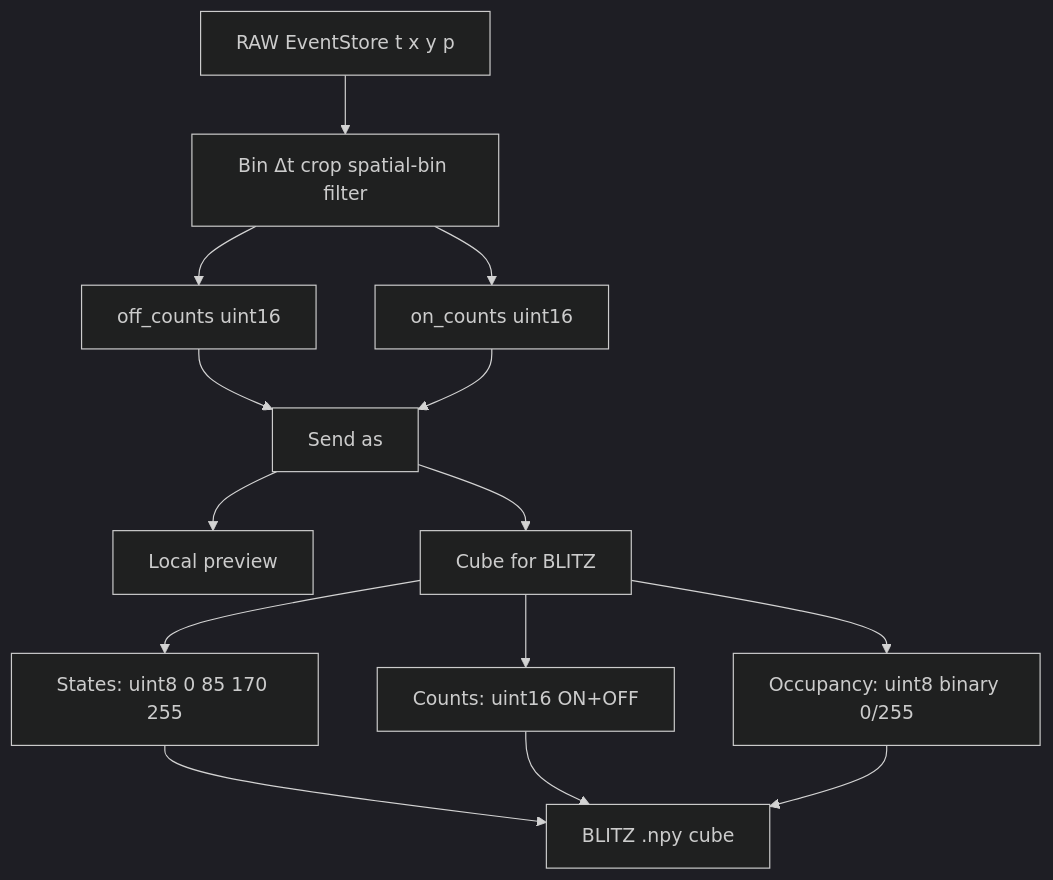
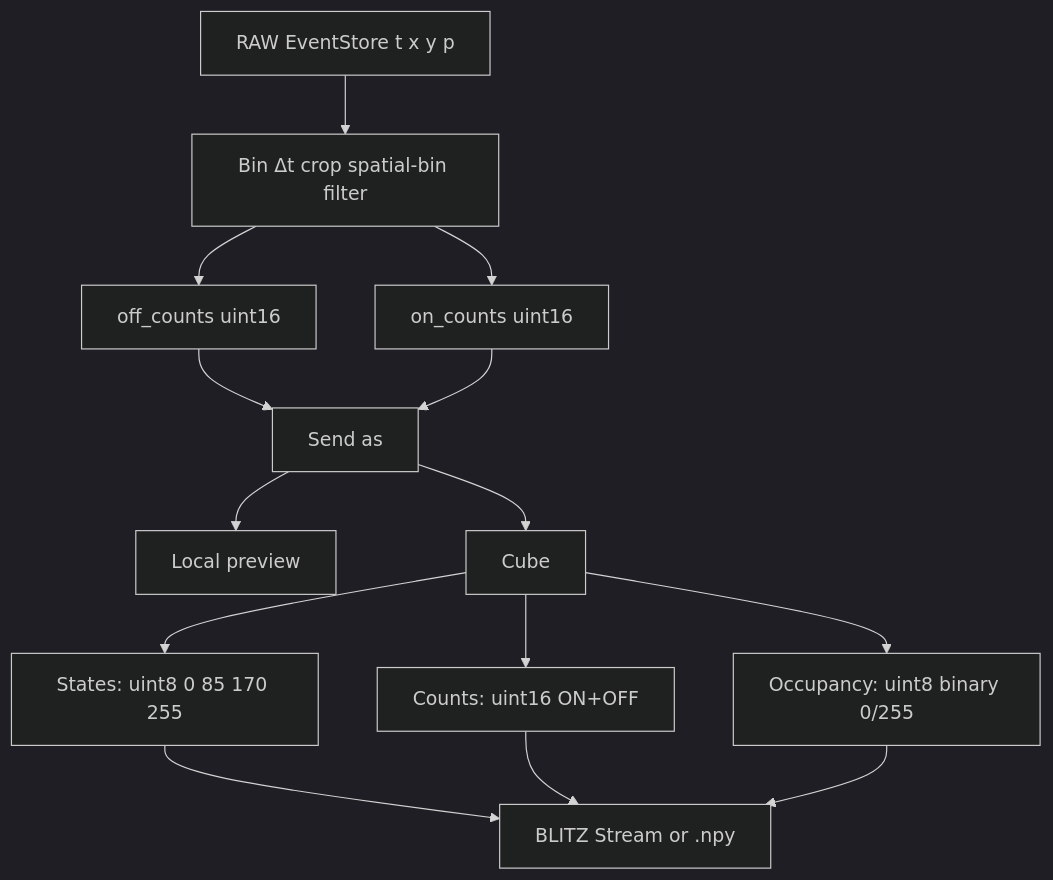
The second of 2 diagrams in README.md (PiMaV/event-reader), drawn with Mermaid (dark theme) before and after one commit. The commit also changed other lines of this file and 2 other files, not shown here.

First line of the commit message:
Present 1.0 as the first fully available EVT3-to-BLITZ line.

````diff
--- a/README.md
+++ b/README.md
@@ -37,24 +30,24 @@
 ```mermaid
 flowchart TD
   raw["RAW EventStore t x y p"]
   bin["Bin Δt crop spatial-bin filter"]
   off["off_counts uint16"]
   on["on_counts uint16"]
   view["Send as"]
   preview["Local preview"]
-  cube["Cube for BLITZ"]
+  cube["Cube"]
   states["States: uint8 0 85 170 255"]
   activity["Counts: uint16 ON+OFF"]
   occ["Occupancy: uint8 binary 0/255"]
-  blitz["BLITZ .npy cube"]
+  out["BLITZ Stream or .npy"]
 
   raw --> bin --> off
   bin --> on
   off --> view
   on --> view
   view --> preview
   view --> cube
-  cube --> states --> blitz
-  cube --> activity --> blitz
-  cube --> occ --> blitz
+  cube --> states --> out
+  cube --> activity --> out
+  cube --> occ --> out
 ```
````
